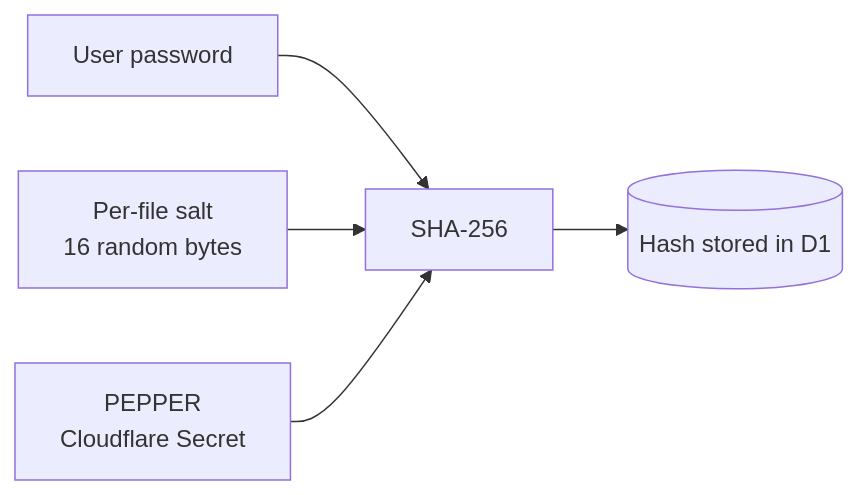
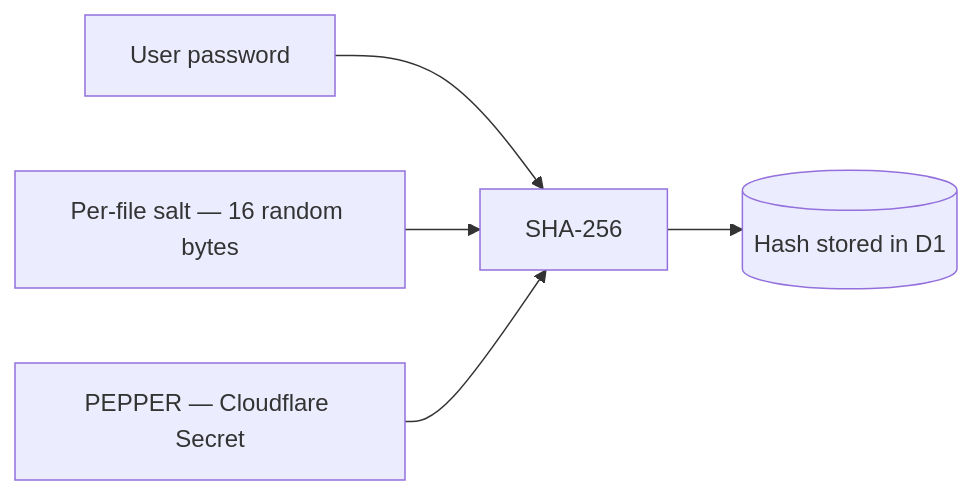
Before and after one commit to maciekaz/Edge-Secrets: the second of 3 diagrams in docs/files.md, drawn with Mermaid. The commit also changed 3 other files, not shown here.

First line of the commit message:
docs: fix mermaid label rendering, normalise example hostnames

````diff
--- a/docs/files.md
+++ b/docs/files.md
@@ -64,7 +64,7 @@
 ```mermaid
 flowchart LR
     P[User password] --> H[SHA-256]
-    S[Per-file salt<br/>16 random bytes] --> H
-    K[PEPPER<br/>Cloudflare Secret] --> H
+    S["Per-file salt — 16 random bytes"] --> H
+    K["PEPPER — Cloudflare Secret"] --> H
     H --> DB[(Hash stored in D1)]
 ```
````
